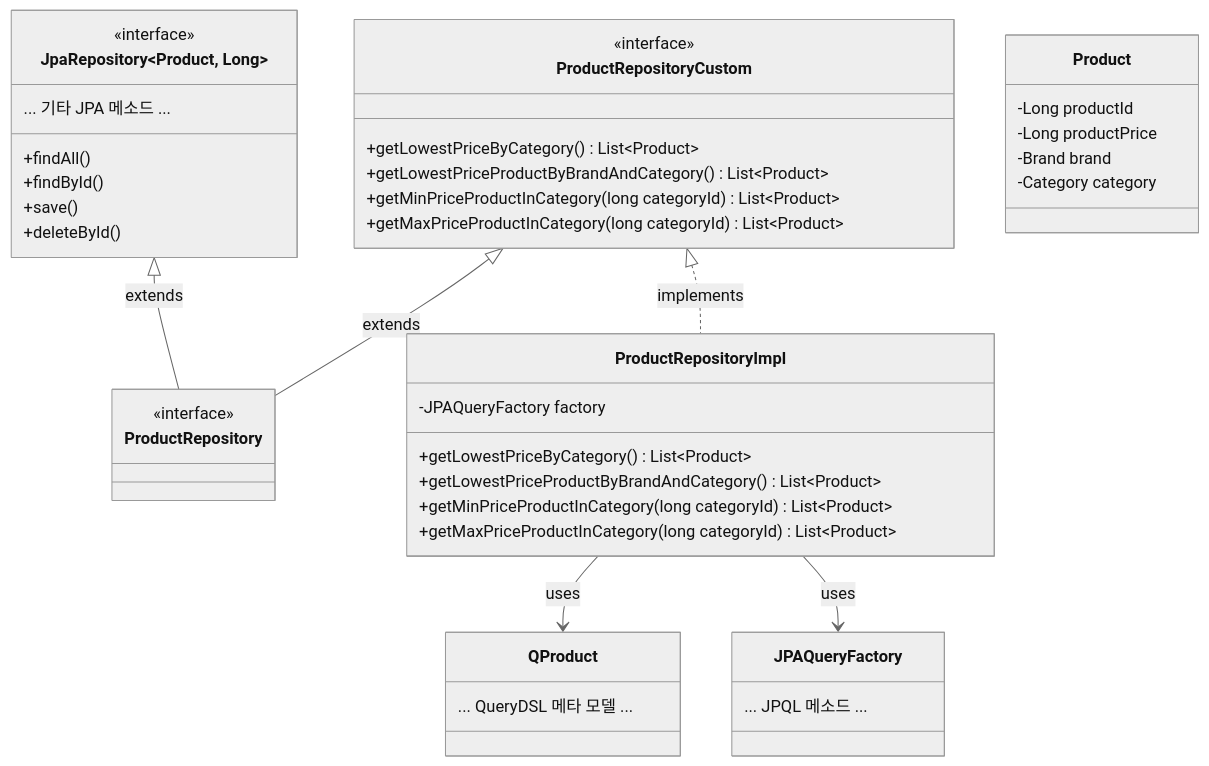
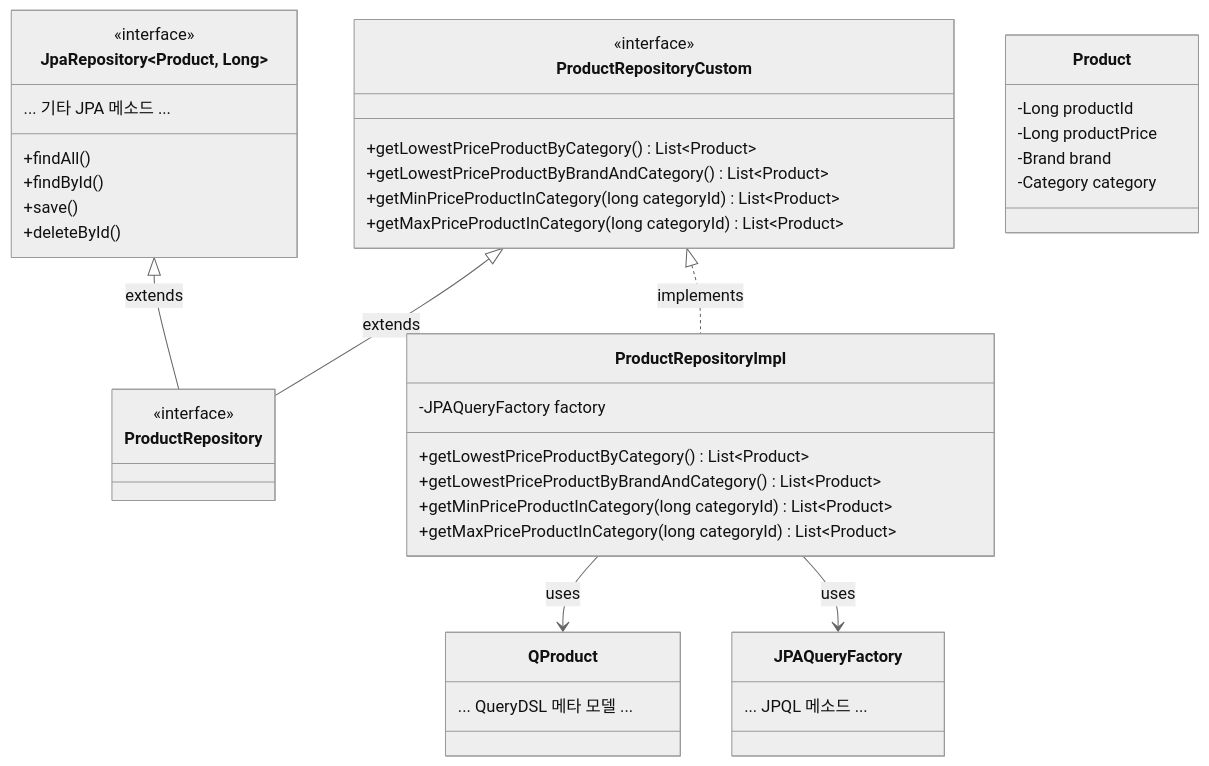
Before and after one commit to dead-man-calling/musinsa-subject: the third of 3 diagrams in README.md, drawn with Mermaid. The commit also changed 11 other files, not shown here.

````diff
--- a/README.md
+++ b/README.md
@@ -77,54 +77,54 @@
 ```mermaid
 %%{init: {'theme': 'neutral'}}%%
 classDiagram
     class JpaRepository~Product, Long~ {
     <<interface>>
     +findAll()
     +findById()
     +save()
     +deleteById()
     ... 기타 JPA 메소드 ...
     }
     
     class ProductRepository {
     <<interface>>
     }
     
     class ProductRepositoryCustom {
     <<interface>>
-    +getLowestPriceByCategory() List~Product~
+    +getLowestPriceProductByCategory() List~Product~
     +getLowestPriceProductByBrandAndCategory() List~Product~
     +getMinPriceProductInCategory(long categoryId) List~Product~
     +getMaxPriceProductInCategory(long categoryId) List~Product~
     }
     
     class ProductRepositoryImpl {
     -JPAQueryFactory factory
-    +getLowestPriceByCategory() List~Product~
+    +getLowestPriceProductByCategory() List~Product~
     +getLowestPriceProductByBrandAndCategory() List~Product~
     +getMinPriceProductInCategory(long categoryId) List~Product~
     +getMaxPriceProductInCategory(long categoryId) List~Product~
     }
 
     class Product {
     -Long productId
     -Long productPrice
     -Brand brand
     -Category category
     }
     
     class QProduct {
     ... QueryDSL 메타 모델 ...
     }
     
     class JPAQueryFactory {
     ... JPQL 메소드 ...
     }
     
     JpaRepository <|-- ProductRepository : extends
     ProductRepositoryCustom <|-- ProductRepository : extends
     ProductRepositoryCustom <|.. ProductRepositoryImpl : implements
     
     ProductRepositoryImpl --> QProduct : uses
     ProductRepositoryImpl --> JPAQueryFactory : uses
 ```
````
